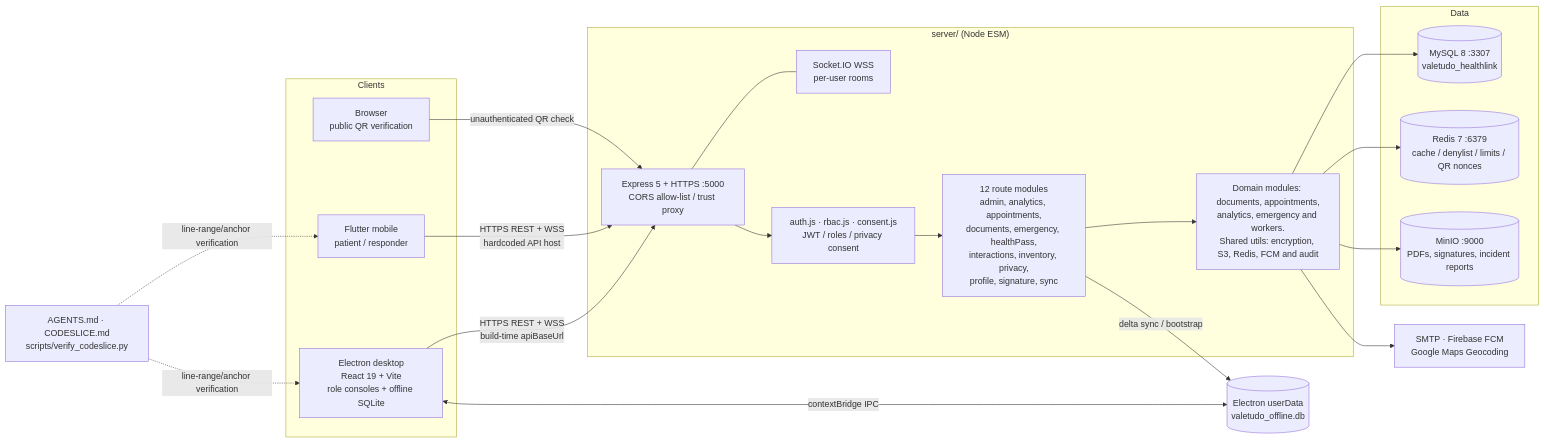
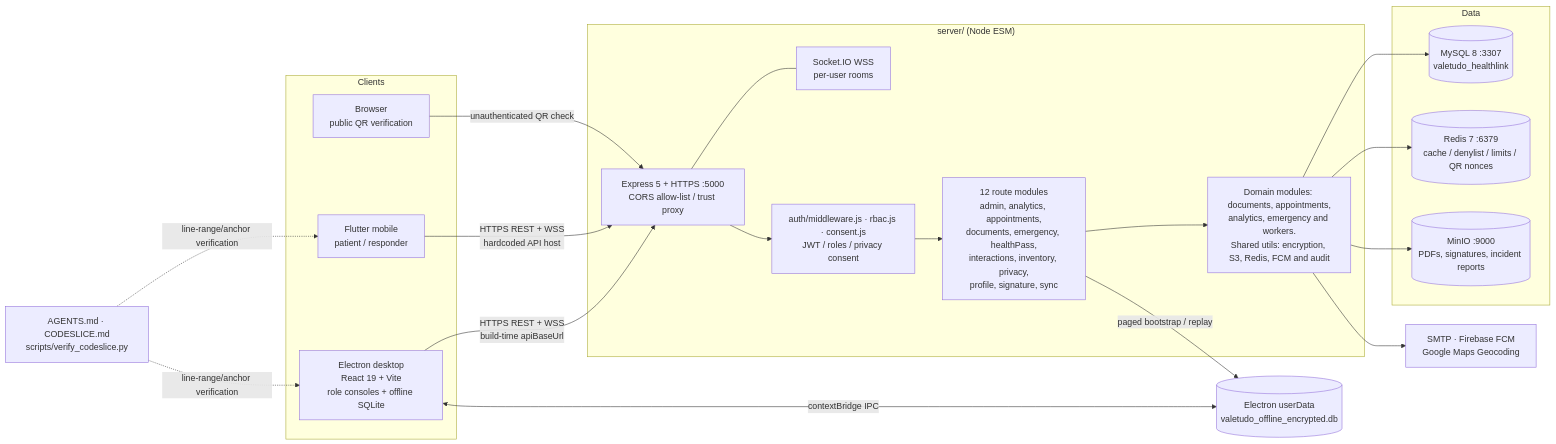
The diagram in README-parts/README-03.md (KaynX64/AbsoluteDogshit), drawn with Mermaid before and after one commit. The commit also changed other lines of this file and 25 other files, not shown here.

````diff
--- a/README-parts/README-03.md
+++ b/README-parts/README-03.md
@@ -30,40 +30,40 @@
 ```mermaid
 flowchart LR
   subgraph Clients
     D["Electron desktop<br/>React 19 + Vite<br/>role consoles + offline SQLite"]
     M["Flutter mobile<br/>patient / responder"]
     V["Browser<br/>public QR verification"]
   end
 
   subgraph API["server/ (Node ESM)"]
     E["Express 5 + HTTPS :5000<br/>CORS allow-list / trust proxy"]
     S["Socket.IO WSS<br/>per-user rooms"]
-    A["auth.js · rbac.js · consent.js<br/>JWT / roles / privacy consent"]
+    A["auth/middleware.js · rbac.js · consent.js<br/>JWT / roles / privacy consent"]
     R["12 route modules<br/>admin, analytics, appointments,<br/>documents, emergency, healthPass,<br/>interactions, inventory, privacy,<br/>profile, signature, sync"]
     U["Domain modules: documents, appointments,<br/>analytics, emergency and workers.<br/>Shared utils: encryption, S3, Redis, FCM and audit"]
   end
 
   subgraph Data
     MY[("MySQL 8 :3307<br/>valetudo_healthlink")]
     RD[("Redis 7 :6379<br/>cache / denylist / limits / QR nonces")]
     MN[("MinIO :9000<br/>PDFs, signatures, incident reports")]
   end
 
   X["SMTP · Firebase FCM<br/>Google Maps Geocoding"]
-  L[("Electron userData<br/>valetudo_offline.db")]
+  L[("Electron userData<br/>valetudo_offline_encrypted.db")]
   DOCS["AGENTS.md · CODESLICE.md<br/>scripts/verify_codeslice.py"]
 
   D -->|"HTTPS REST + WSS<br/>build-time apiBaseUrl"| E
   M -->|"HTTPS REST + WSS<br/>hardcoded API host"| E
   V -->|"unauthenticated QR check"| E
   D <-->|"contextBridge IPC"| L
   E --- S
   E --> A --> R --> U
   U --> MY
   U --> RD
   U --> MN
   U --> X
-  R -->|"delta sync / bootstrap"| L
+  R -->|"paged bootstrap / replay"| L
   DOCS -.->|"line-range/anchor verification"| D
   DOCS -.->|"line-range/anchor verification"| M
 ```
````
